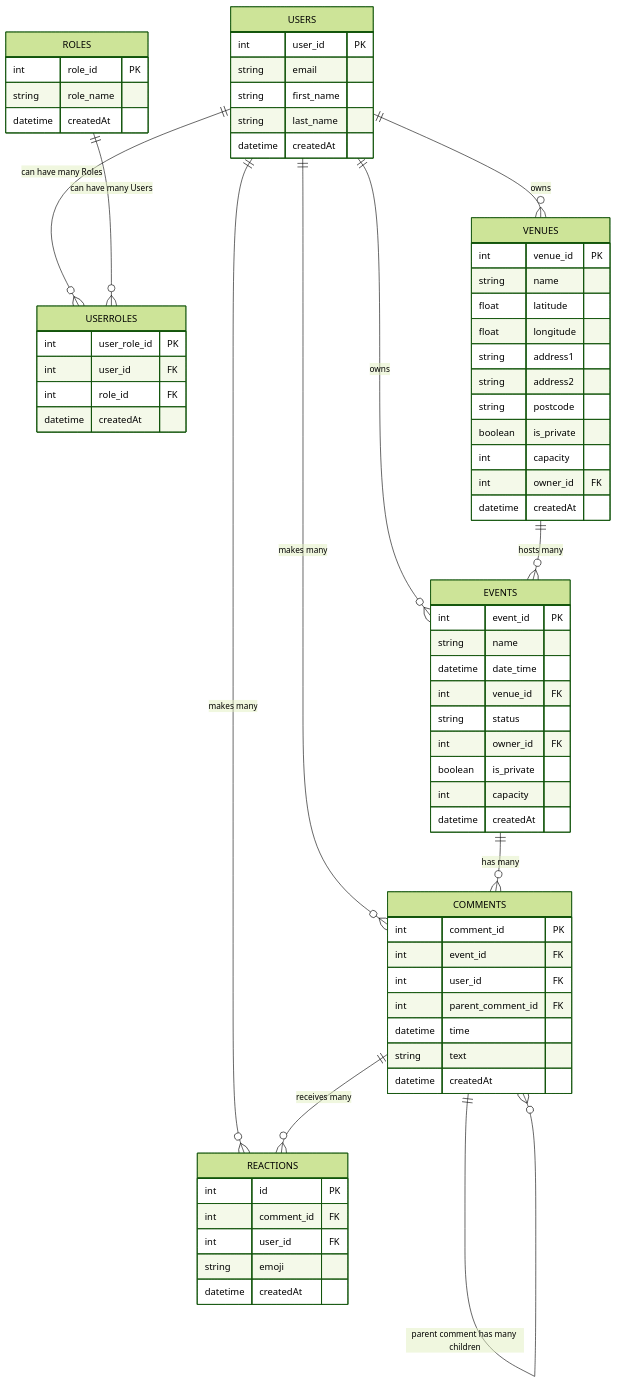
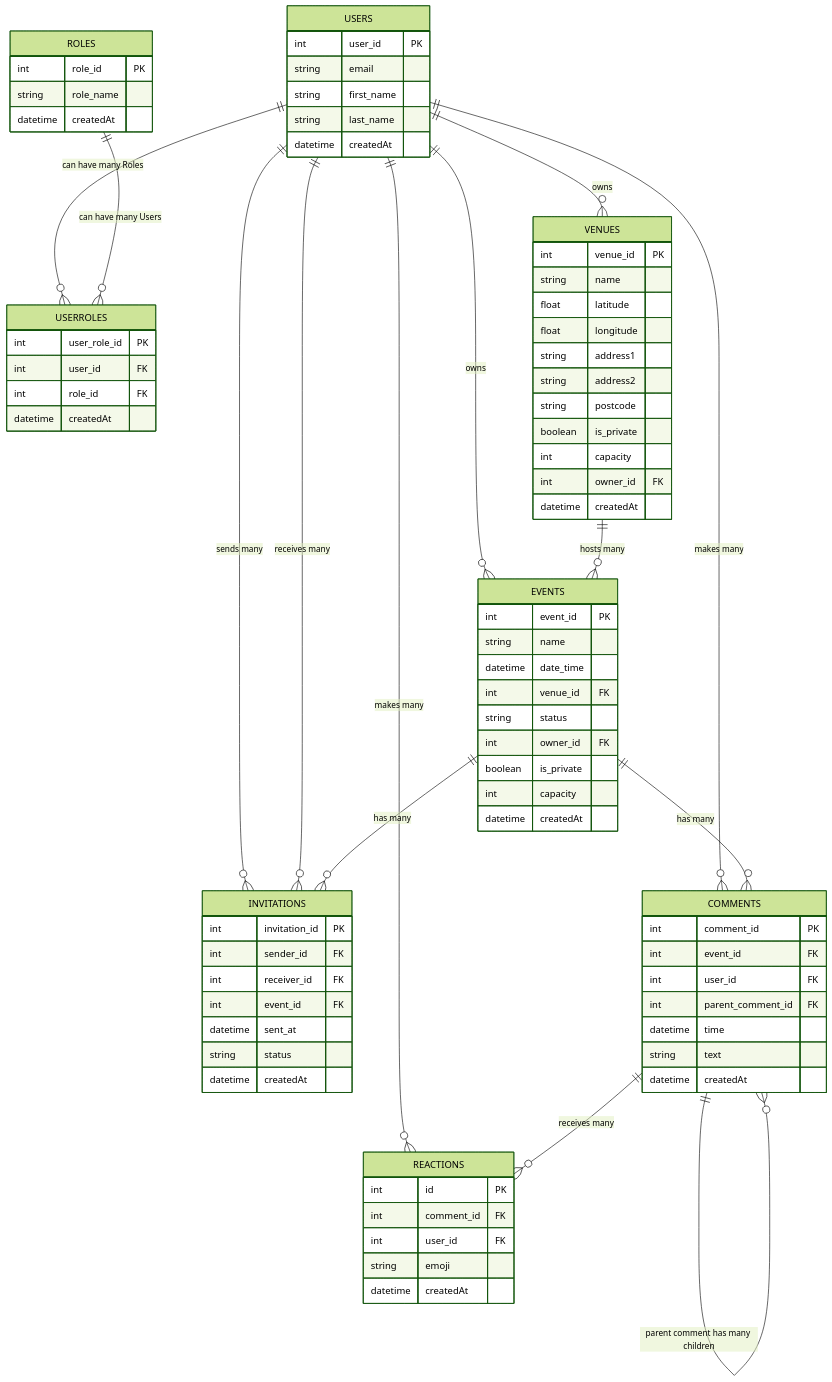
One commit to rossmawd/silver-spoon changed the diagram in relational-db-mark-one.mermaid. Above: the diagram before and after it, drawn with Mermaid (forest theme).

Commit message:
added invitation table

```diff
--- a/relational-db-mark-one.mermaid
+++ b/relational-db-mark-one.mermaid
@@ -1,77 +1,90 @@
 erDiagram
 
     USERS {
         int user_id PK
         string email
         string first_name
         string last_name
         datetime createdAt
     }
     
     ROLES {
         int role_id PK
         string role_name
         datetime createdAt
     }
     
     USERROLES {
         int user_role_id PK
         int user_id FK
         int role_id FK
         datetime createdAt
     }
     
     EVENTS {
         int event_id PK
         string name
         datetime date_time
         int venue_id FK
         string status
         int owner_id FK
         boolean is_private
         int capacity
         datetime createdAt
     }
     
     VENUES {
         int venue_id PK
         string name
         float latitude
         float longitude
         string address1
         string address2
         string postcode
         boolean is_private
         int capacity
         int owner_id FK
         datetime createdAt
     }
     
+    INVITATIONS {
+        int invitation_id PK
+        int sender_id FK
+        int receiver_id FK
+        int event_id FK
+        datetime sent_at
+        string status
+        datetime createdAt
+    }
+    
     COMMENTS {
         int comment_id PK
         int event_id FK
         int user_id FK
         int parent_comment_id FK
         datetime time
         string text
         datetime createdAt
     }
     
     REACTIONS {
         int id PK
         int comment_id FK
         int user_id FK
         string emoji
         datetime createdAt
     }
 
     USERS ||--o{ USERROLES: "can have many Roles"
     ROLES ||--o{ USERROLES: "can have many Users"
     USERS ||--o{ EVENTS: "owns"
     USERS ||--o{ VENUES: "owns"
     USERS ||--o{ COMMENTS: "makes many"
     USERS ||--o{ REACTIONS: "makes many"
     EVENTS ||--o{ COMMENTS: "has many"
     COMMENTS ||--o{ REACTIONS: "receives many"
     COMMENTS ||--o{ COMMENTS: "parent comment has many children"
     VENUES ||--o{ EVENTS: "hosts many"
+    USERS ||--o{ INVITATIONS: "sends many"
+    USERS ||--o{ INVITATIONS: "receives many"
+    EVENTS ||--o{ INVITATIONS: "has many"
```
